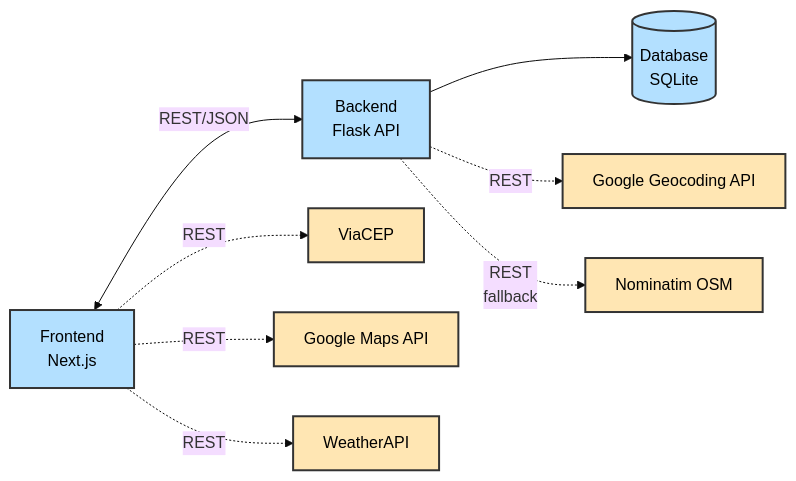
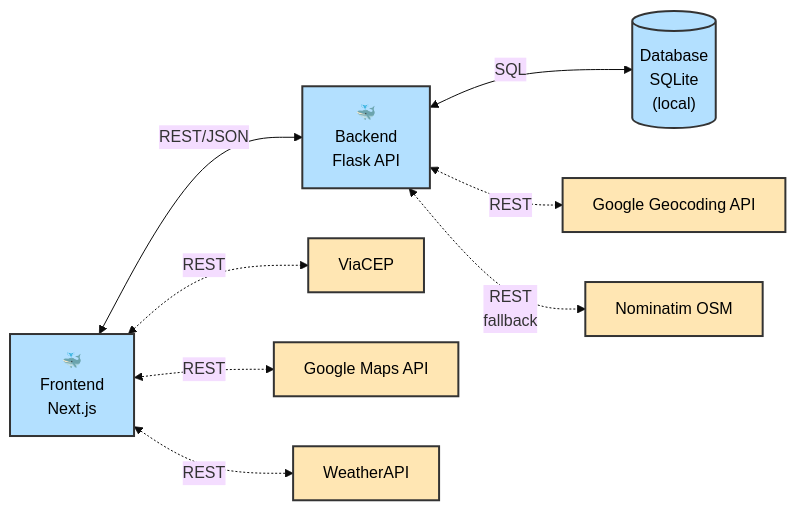
Before and after one commit to FernandaFranco/venha-v2-frontend: the diagram in README.md, drawn with Mermaid (base theme). The commit also changed other lines of this file and 1 other file, not shown here.

Commit message:
Atualiza diagrama

````diff
--- a/README.md
+++ b/README.md
@@ -27,21 +32,21 @@
 ```mermaid
 graph LR
-    A[Frontend<br/>Next.js] <-->|REST/JSON| B[Backend<br/>Flask API]
-    B --> C[(Database<br/>SQLite)]
+    A["🐳<br/>Frontend<br/>Next.js"] <-->|REST/JSON| B["🐳<br/>Backend<br/>Flask API"]
+    B <-->|SQL| C[("Database<br/>SQLite<br/>(local)")]
 
-    A -.->|REST| D[ViaCEP]
-    A -.->|REST| E[Google Maps API]
-    A -.->|REST| F[WeatherAPI]
+    A <-.->|REST| D[ViaCEP]
+    A <-.->|REST| E[Google Maps API]
+    A <-.->|REST| F[WeatherAPI]
 
-    B -.->|REST| G[Google Geocoding API]
-    B -.->|REST<br/>fallback| H[Nominatim OSM]
+    B <-.->|REST| G[Google Geocoding API]
+    B <-.->|REST<br/>fallback| H[Nominatim OSM]
 
     style A fill:#b3e0ff,stroke:#333,stroke-width:2px,color:#000
     style B fill:#b3e0ff,stroke:#333,stroke-width:2px,color:#000
     style C fill:#b3e0ff,stroke:#333,stroke-width:2px,color:#000
     style D fill:#ffe6b3,stroke:#333,stroke-width:2px,color:#000
     style E fill:#ffe6b3,stroke:#333,stroke-width:2px,color:#000
     style F fill:#ffe6b3,stroke:#333,stroke-width:2px,color:#000
     style G fill:#ffe6b3,stroke:#333,stroke-width:2px,color:#000
     style H fill:#ffe6b3,stroke:#333,stroke-width:2px,color:#000
 ```
````
